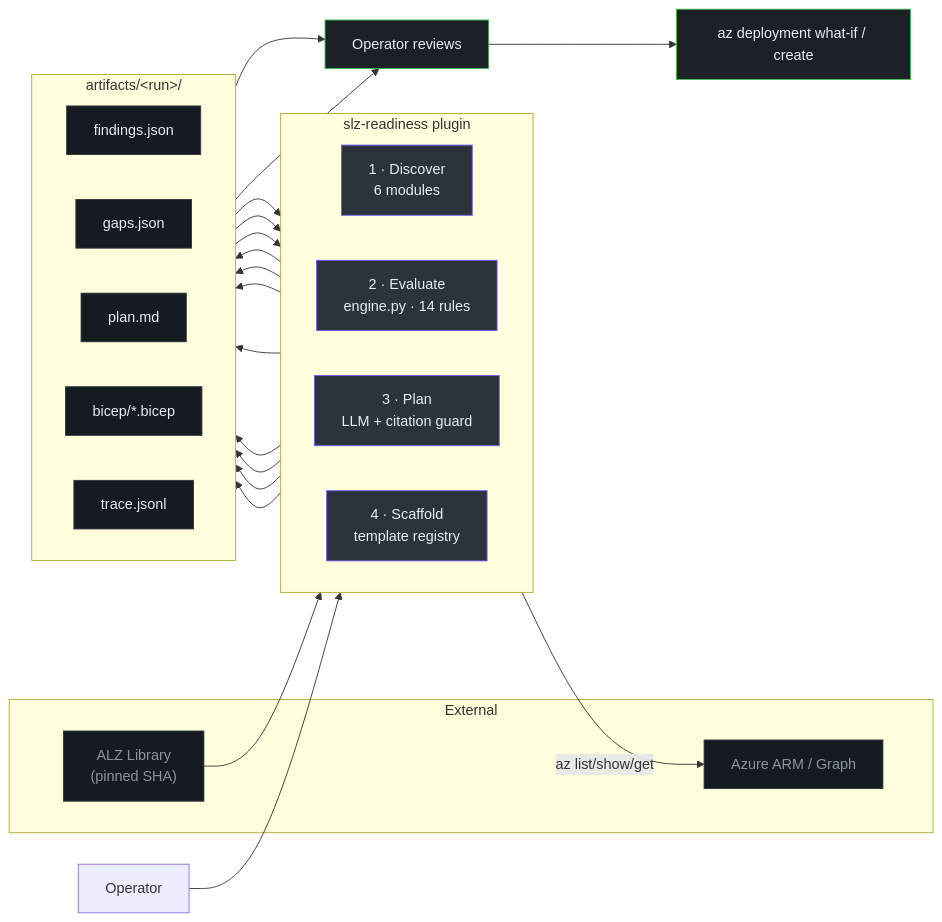
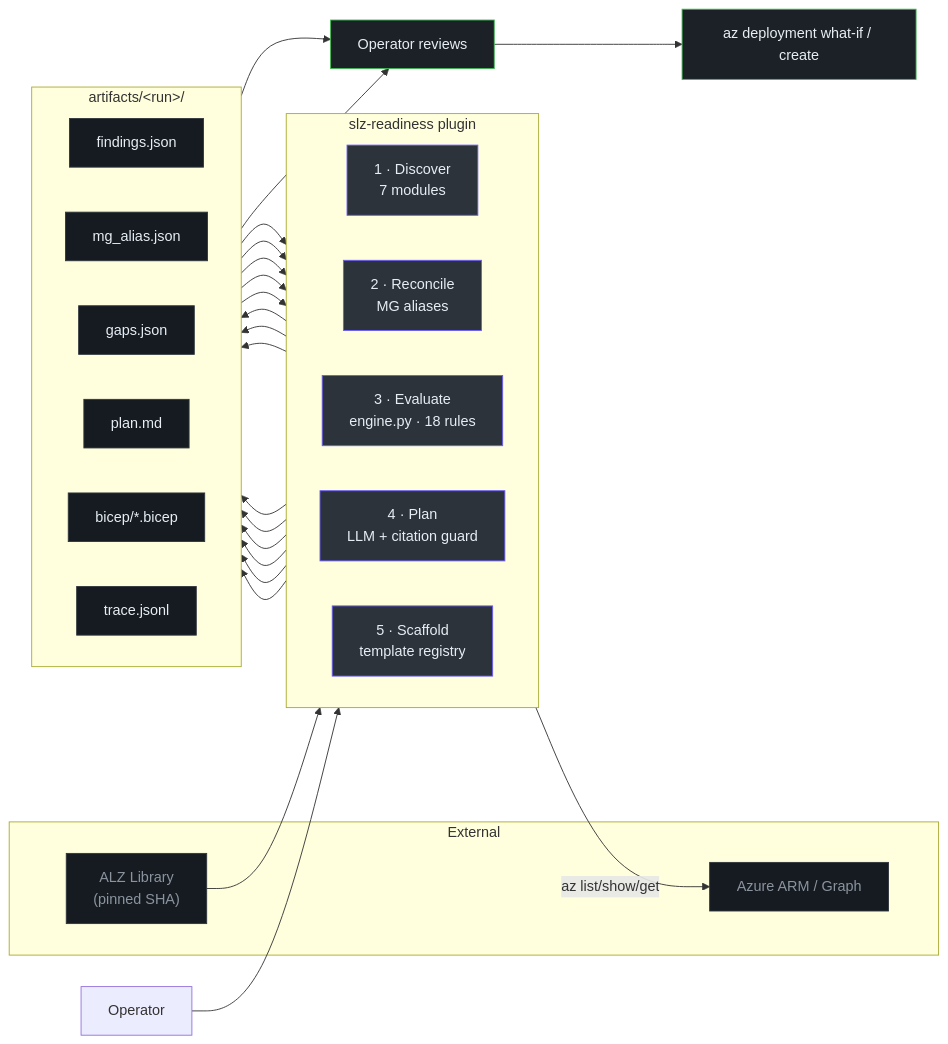
Before and after one commit to msucharda/slz-readiness: the first of 5 diagrams in wiki/docs/deep-dive/architecture.md, drawn with Mermaid. The commit also changed other lines of this file and 39 other files, not shown here.

````diff
--- a/wiki/docs/deep-dive/architecture.md
+++ b/wiki/docs/deep-dive/architecture.md
@@ -17,45 +17,48 @@
 ```mermaid
 flowchart LR
     subgraph ExtTop["External"]
         Az["Azure ARM / Graph"]:::ext
         ALZ["ALZ Library<br>(pinned SHA)"]:::ext
     end
 
     subgraph Plugin["slz-readiness plugin"]
         direction LR
-        D["1 · Discover<br>6 modules"]:::p
-        E["2 · Evaluate<br>engine.py · 14 rules"]:::p
-        P["3 · Plan<br>LLM + citation guard"]:::p
-        S["4 · Scaffold<br>template registry"]:::p
+        D["1 · Discover<br>7 modules"]:::p
+        R["2 · Reconcile<br>MG aliases"]:::p
+        E["3 · Evaluate<br>engine.py · 18 rules"]:::p
+        P["4 · Plan<br>LLM + citation guard"]:::p
+        S["5 · Scaffold<br>template registry"]:::p
     end
 
     subgraph Arts["artifacts/&lt;run&gt;/"]
         direction LR
         F["findings.json"]:::a
+        A["mg_alias.json"]:::a
         G["gaps.json"]:::a
         PL["plan.md"]:::a
         B["bicep/*.bicep"]:::a
         T["trace.jsonl"]:::a
     end
 
     User["Operator"] --> D
     D -- "az list/show/get" --> Az
-    D --> F --> E
+    D --> F --> R --> A --> E
+    F --> E
     ALZ --> E
     E --> G
     G --> P --> PL
     G --> S --> B
     D --> T
     E --> T
     P --> T
     S --> T
 
     PL --> Human["Operator reviews"]:::human
     B --> Human
     Human --> Deploy["az deployment what-if / create"]:::human
 
     classDef ext fill:#161b22,stroke:#30363d,color:#8b949e;
     classDef p fill:#2d333b,stroke:#6d5dfc,color:#e6edf3;
     classDef a fill:#161b22,stroke:#30363d,color:#e6edf3;
     classDef human fill:#1c2128,stroke:#3fb950,color:#e6edf3;
 ```
````
